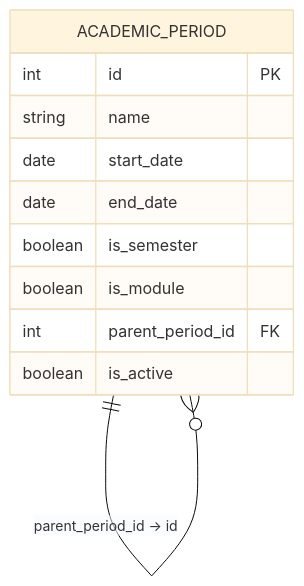
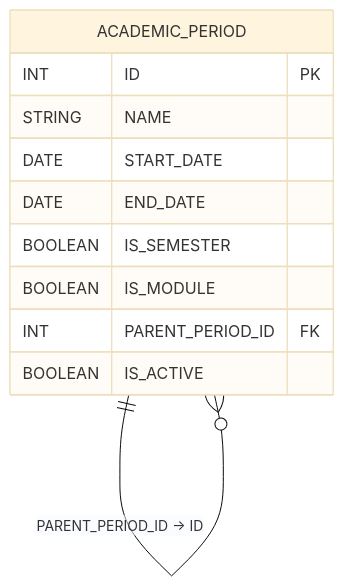
One commit to YuriSilenok/KPK_UP2_24-1P11 changed the diagram in S20/doc.md. Above: the diagram before and after it, drawn with Mermaid (base theme). The commit also changed other lines of this file, not shown here.

````diff
--- a/S20/doc.md
+++ b/S20/doc.md
@@ -118,15 +118,15 @@
 ```mermaid
 erDiagram
     ACADEMIC_PERIOD {
-        int id PK
-        string name
-        date start_date
-        date end_date
-        boolean is_semester
-        boolean is_module
-        int parent_period_id FK
-        boolean is_active
+        INT ID PK
+        STRING NAME
+        DATE START_DATE
+        DATE END_DATE
+        BOOLEAN IS_SEMESTER
+        BOOLEAN IS_MODULE
+        INT PARENT_PERIOD_ID FK
+        BOOLEAN IS_ACTIVE
     }
 
-    ACADEMIC_PERIOD ||--o{ ACADEMIC_PERIOD : "parent_period_id → id"
+    ACADEMIC_PERIOD ||--o{ ACADEMIC_PERIOD : "PARENT_PERIOD_ID → ID"
 ```
````
